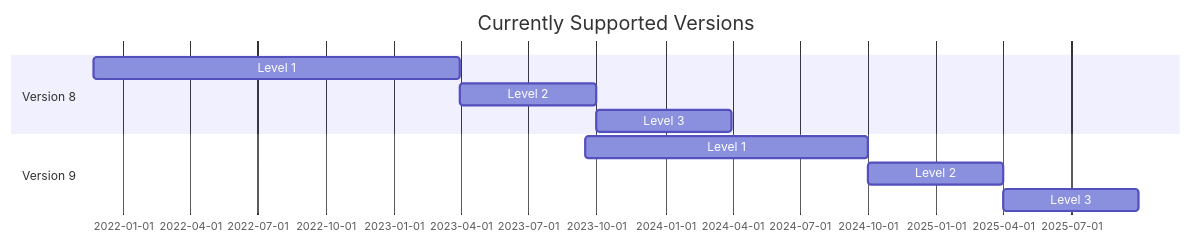
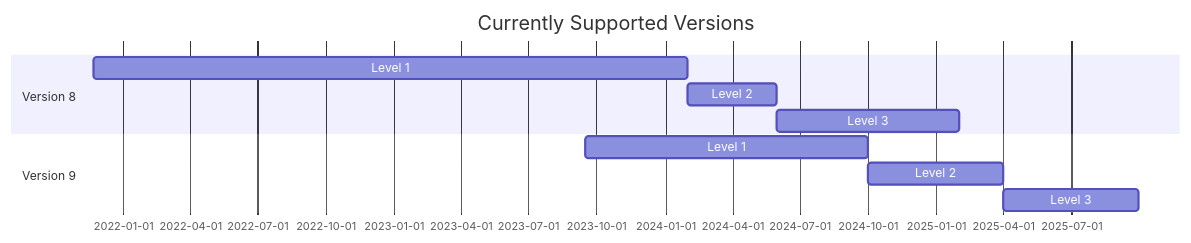
The diagram in README.md (Adyen/adyen-magento2), drawn with Mermaid before and after one commit. The commit also changed other lines of this file, not shown here.

Commit message:
Aziya im patch 1 (#2312)
* Update README.md

I have changed the table with the deprecation dates as it was outdated due to the delay of the version 9

* Update README.md

* Update README.md

---------

````diff
--- a/README.md
+++ b/README.md
@@ -43,13 +43,13 @@
 ```mermaid
 gantt
     title Currently Supported Versions
     dateFormat  YYYY-MM-DD   
     section Version 8
-    Level 1   :l81, 2021-11-22, 2023-03-31
-    Level 2   :l82, after l81, 2023-09-30
-    Level 3   :l83, after l82, 2024-03-31
+    Level 1   :l81, 2021-11-22, 2024-01-31
+    Level 2   :l82, after l81, 2024-05-30
+    Level 3   :l83, after l82, 2025-01-31
     section Version 9
     Level 1   :l91, 2023-09-15, 2024-09-30
     Level 2   :l92, after l91, 2025-03-31
     Level 3   :l93, after l92, 2025-09-30
 ```
````
